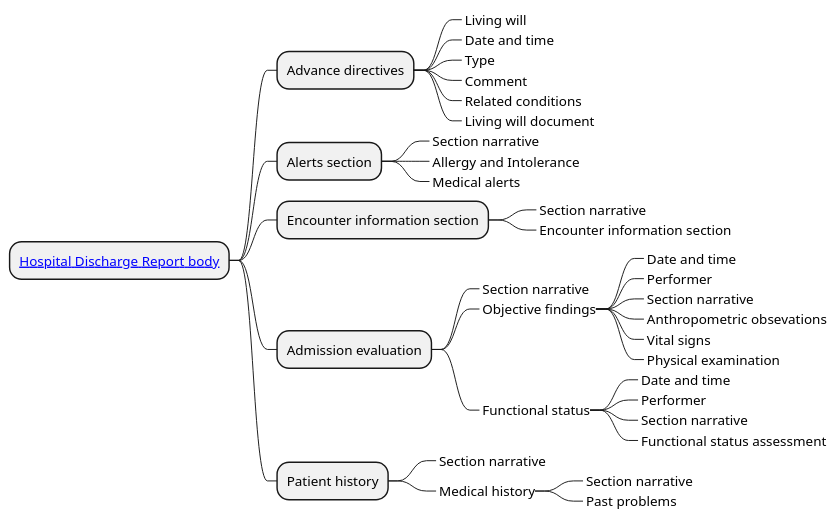
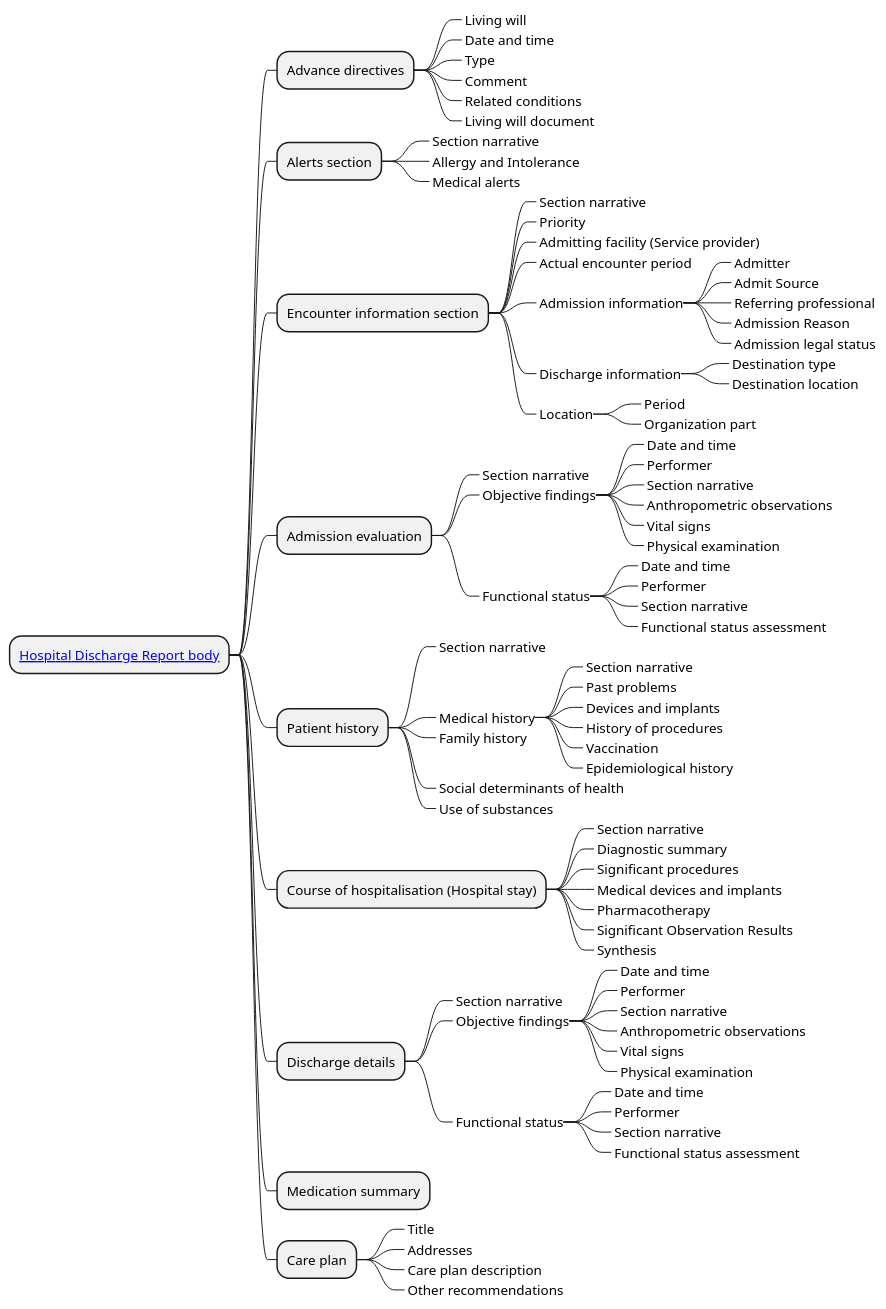
One commit to Xt-EHR/xt-ehr-common changed the diagram in input/images-source/hdrReportBody_CIM.plantuml. Above: the diagram before and after it, drawn with PlantUML.

```diff
--- a/input/images-source/hdrReportBody_CIM.plantuml
+++ b/input/images-source/hdrReportBody_CIM.plantuml
@@ -3,37 +3,87 @@
 @startmindmap
 skinparam topurl StructureDefinition-
 * [[EHDSHospitalDischargeReportBody.html Hospital Discharge Report body]]
 ** Advance directives
 ***_ Living will
 ***_ Date and time
 ***_ Type
 ***_ Comment
 ***_ Related conditions
 ***_ Living will document
 ** Alerts section
 ***_ Section narrative
 ***_ Allergy and Intolerance
 ***_ Medical alerts
 ** Encounter information section
 ***_ Section narrative
-***_ Encounter information section
+***_ Priority
+***_ Admitting facility (Service provider)
+***_ Actual encounter period
+***_ Admission information
+****_ Admitter
+****_ Admit Source
+****_ Referring professional
+****_ Admission Reason
+****_ Admission legal status
+***_ Discharge information
+****_ Destination type
+****_ Destination location
+***_ Location
+****_ Period
+****_ Organization part
+
 ** Admission evaluation
 ***_ Section narrative
 ***_ Objective findings
 ****_ Date and time
 ****_ Performer
 ****_ Section narrative
-****_ Anthropometric obsevations
+****_ Anthropometric observations
 ****_ Vital signs
 ****_ Physical examination
 ***_ Functional status
 ****_ Date and time
 ****_ Performer
 ****_ Section narrative
 ****_ Functional status assessment
 ** Patient history
 ***_ Section narrative
 ***_ Medical history
 ****_ Section narrative
 ****_ Past problems
+****_ Devices and implants
+****_ History of procedures
+****_ Vaccination
+****_ Epidemiological history
+***_ Family history
+***_ Social determinants of health
+***_ Use of substances
+** Course of hospitalisation (Hospital stay)
+***_ Section narrative
+***_ Diagnostic summary
+***_ Significant procedures
+***_ Medical devices and implants
+***_ Pharmacotherapy
+***_ Significant Observation Results
+***_ Synthesis
+** Discharge details
+***_ Section narrative
+***_ Objective findings
+****_ Date and time
+****_ Performer
+****_ Section narrative
+****_ Anthropometric observations
+****_ Vital signs
+****_ Physical examination
+***_ Functional status
+****_ Date and time
+****_ Performer
+****_ Section narrative
+****_ Functional status assessment
+** Medication summary
+** Care plan
+***_ Title
+***_ Addresses
+***_ Care plan description
+***_ Other recommendations
 @endmindmap
```
